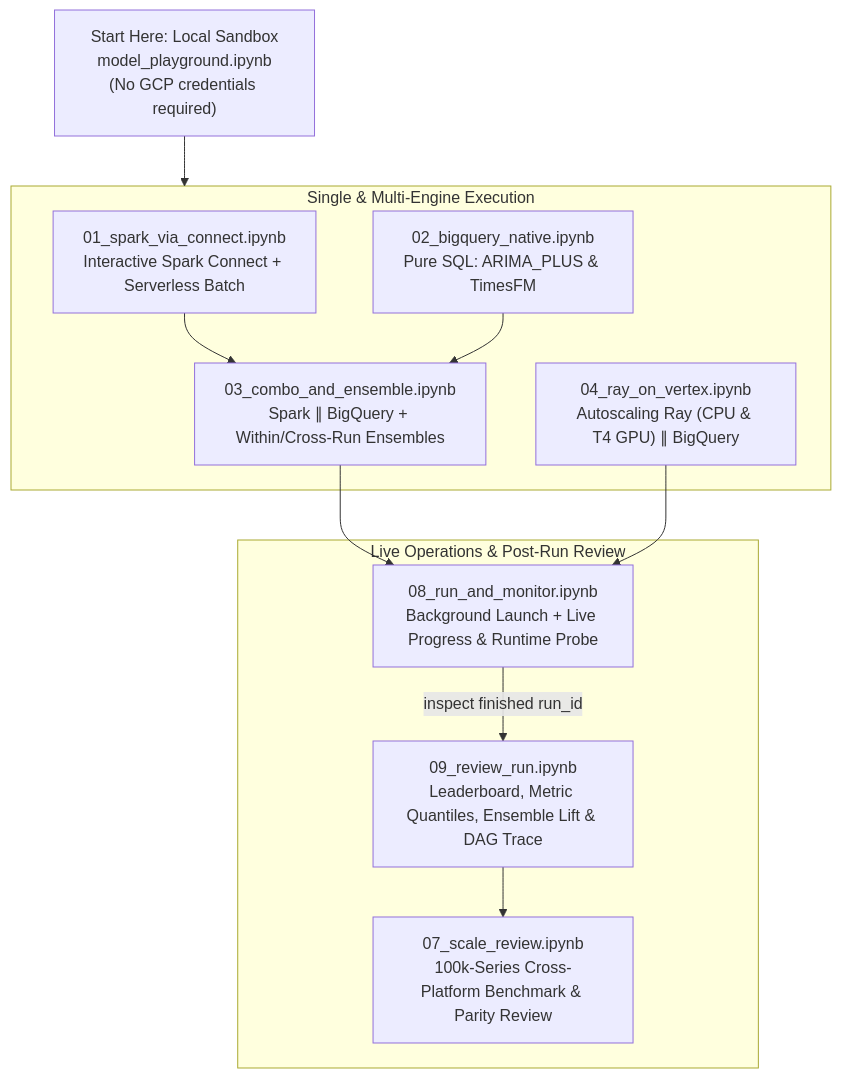
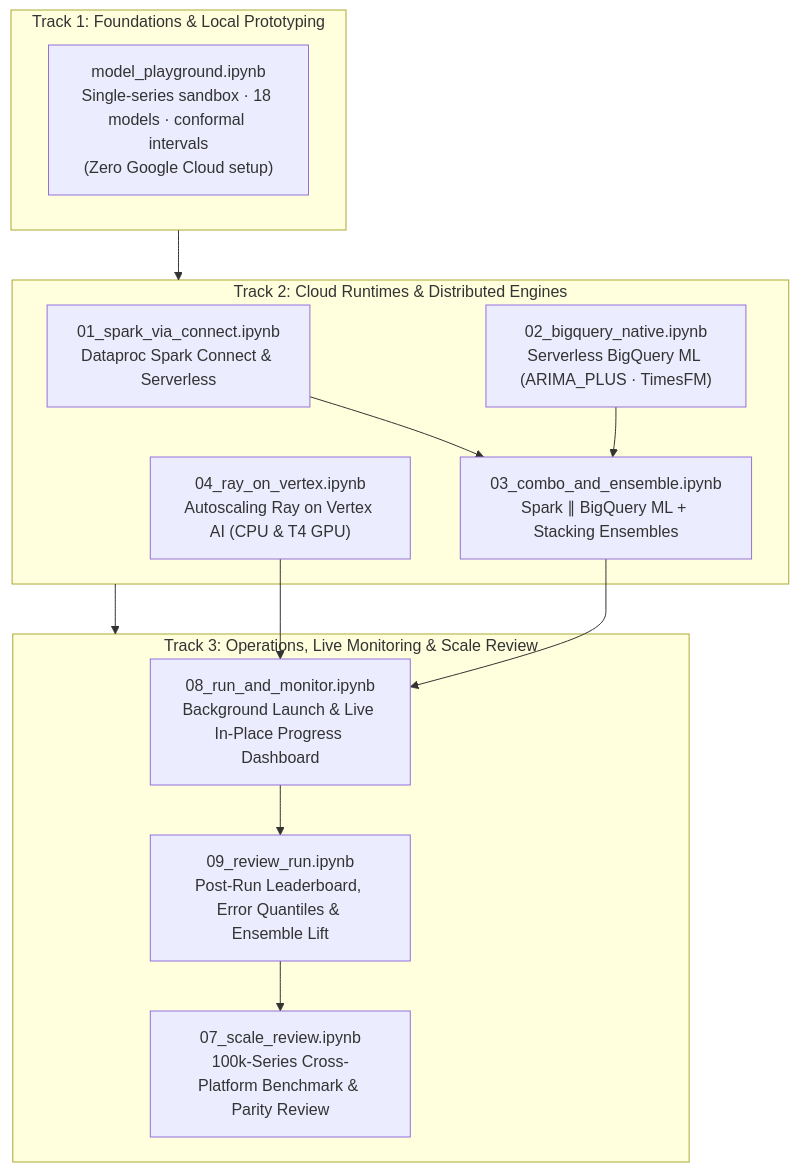
Before and after one commit to statmike/scale-forecasting: the diagram in notebooks/README.md, drawn with Mermaid. The commit also changed other lines of this file and 12 other files, not shown here.

````diff
--- a/notebooks/README.md
+++ b/notebooks/README.md
@@ -9,23 +8,24 @@
 ```mermaid
-flowchart TB
-    start["Start Here: Local Sandbox<br/>model_playground.ipynb<br/>(No GCP credentials required)"]
-
-    subgraph engines["Single & Multi-Engine Execution"]
-        nb01["01_spark_via_connect.ipynb<br/>Interactive Spark Connect + Serverless Batch"]
-        nb02["02_bigquery_native.ipynb<br/>Pure SQL: ARIMA_PLUS & TimesFM"]
-        nb03["03_combo_and_ensemble.ipynb<br/>Spark ∥ BigQuery + Within/Cross-Run Ensembles"]
-        nb04["04_ray_on_vertex.ipynb<br/>Autoscaling Ray (CPU & T4 GPU) ∥ BigQuery"]
+flowchart TD
+    subgraph Track1["Track 1: Foundations & Local Prototyping"]
+        NB0["model_playground.ipynb<br/>Single-series sandbox · 18 models · conformal intervals<br/>(Zero Google Cloud setup)"]
     end
 
-    subgraph ops["Live Operations & Post-Run Review"]
-        nb08["08_run_and_monitor.ipynb<br/>Background Launch + Live Progress & Runtime Probe"]
-        nb09["09_review_run.ipynb<br/>Leaderboard, Metric Quantiles, Ensemble Lift & DAG Trace"]
-        nb07["07_scale_review.ipynb<br/>100k-Series Cross-Platform Benchmark & Parity Review"]
+    subgraph Track2["Track 2: Cloud Runtimes & Distributed Engines"]
+        NB1["01_spark_via_connect.ipynb<br/>Dataproc Spark Connect & Serverless"]
+        NB2["02_bigquery_native.ipynb<br/>Serverless BigQuery ML (ARIMA_PLUS · TimesFM)"]
+        NB3["03_combo_and_ensemble.ipynb<br/>Spark ∥ BigQuery ML + Stacking Ensembles"]
+        NB4["04_ray_on_vertex.ipynb<br/>Autoscaling Ray on Vertex AI (CPU & T4 GPU)"]
     end
 
-    start --> engines
-    nb01 & nb02 --> nb03
-    nb03 & nb04 --> nb08
-    nb08 -->|"inspect finished run_id"| nb09
-    nb09 --> nb07
+    subgraph Track3["Track 3: Operations, Live Monitoring & Scale Review"]
+        NB8["08_run_and_monitor.ipynb<br/>Background Launch & Live In-Place Progress Dashboard"]
+        NB9["09_review_run.ipynb<br/>Post-Run Leaderboard, Error Quantiles & Ensemble Lift"]
+        NB7["07_scale_review.ipynb<br/>100k-Series Cross-Platform Benchmark & Parity Review"]
+    end
+
+    Track1 --> Track2 --> Track3
+    NB1 & NB2 --> NB3
+    NB3 & NB4 --> NB8
+    NB8 --> NB9 --> NB7
 ```
````
